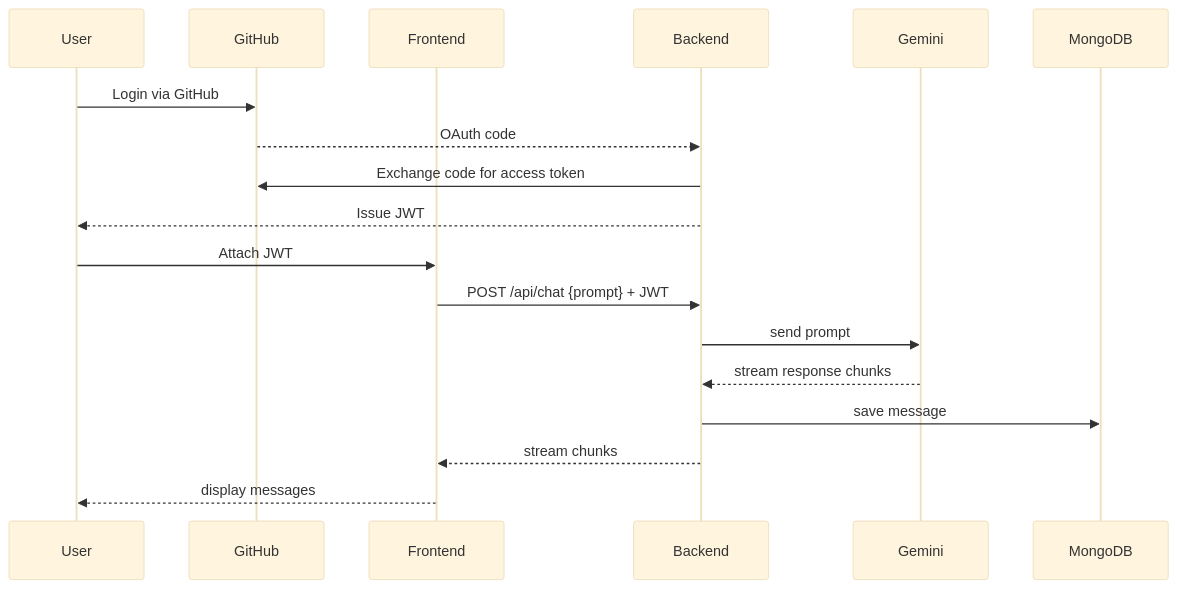
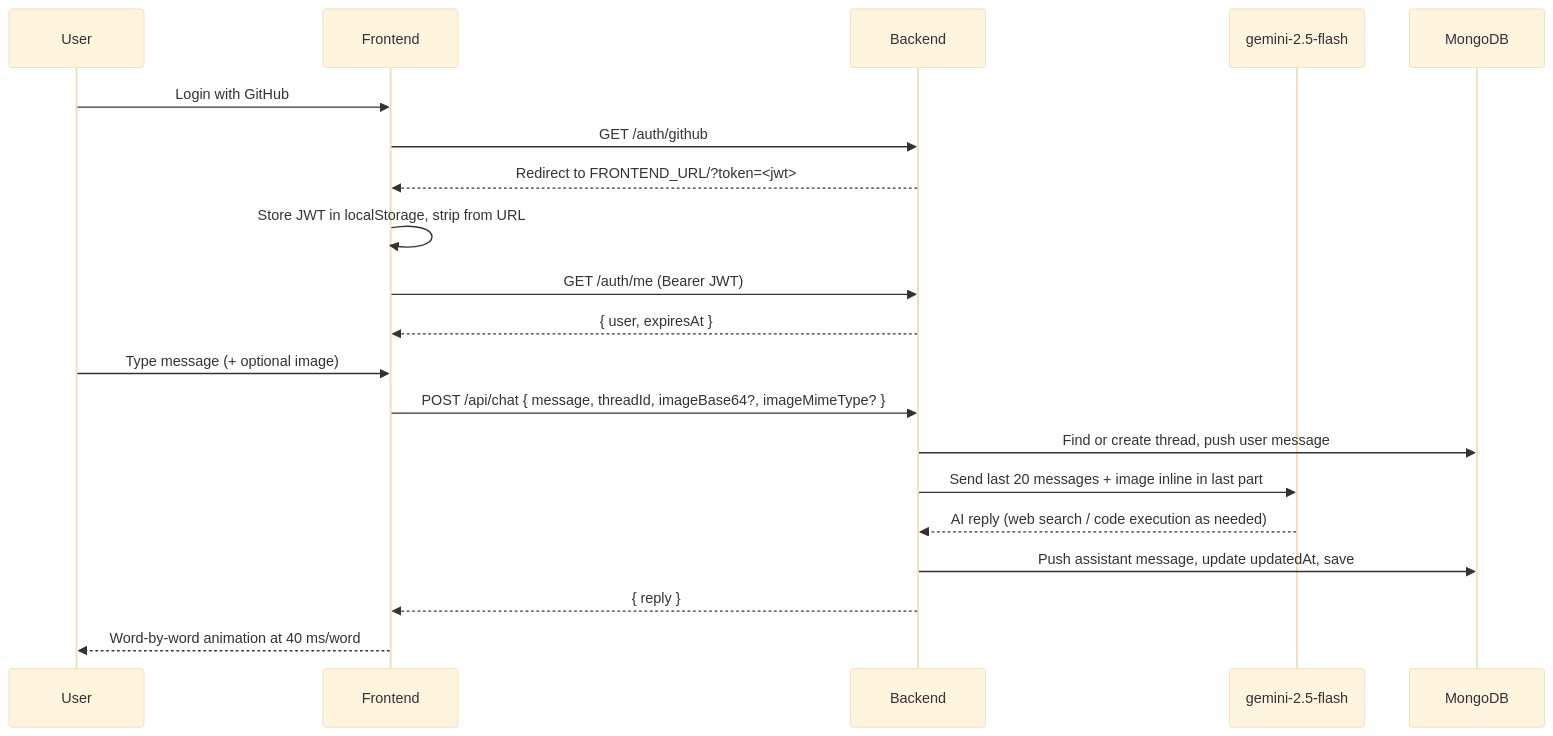
One commit to AnupamKumar-1/cogniG changed the third of 3 diagrams in README.md. Above: the diagram before and after it, drawn with Mermaid (base theme). The commit also changed other lines of this file and 1 other file, not shown here.

````diff
--- a/README.md
+++ b/README.md
@@ -48,21 +123,24 @@
 ```mermaid
 sequenceDiagram
   participant U as User
-  participant GH as GitHub
   participant F as Frontend
   participant B as Backend
-  participant G as Gemini
+  participant G as gemini-2.5-flash
   participant M as MongoDB
 
-  U->>GH: Login via GitHub
-  GH-->>B: OAuth code
-  B->>GH: Exchange code for access token
-  B-->>U: Issue JWT
-  U->>F: Attach JWT
-  F->>B: POST /api/chat {prompt} + JWT
-  B->>G: send prompt
-  G-->>B: stream response chunks
-  B->>M: save message
-  B-->>F: stream chunks
-  F-->>U: display messages
+  U->>F: Login with GitHub
+  F->>B: GET /auth/github
+  B-->>F: Redirect to FRONTEND_URL/?token=<jwt>
+  F->>F: Store JWT in localStorage, strip from URL
+  F->>B: GET /auth/me (Bearer JWT)
+  B-->>F: { user, expiresAt }
+
+  U->>F: Type message (+ optional image)
+  F->>B: POST /api/chat { message, threadId, imageBase64?, imageMimeType? }
+  B->>M: Find or create thread, push user message
+  B->>G: Send last 20 messages + image inline in last part
+  G-->>B: AI reply (web search / code execution as needed)
+  B->>M: Push assistant message, update updatedAt, save
+  B-->>F: { reply }
+  F-->>U: Word-by-word animation at 40 ms/word
 ```
````
